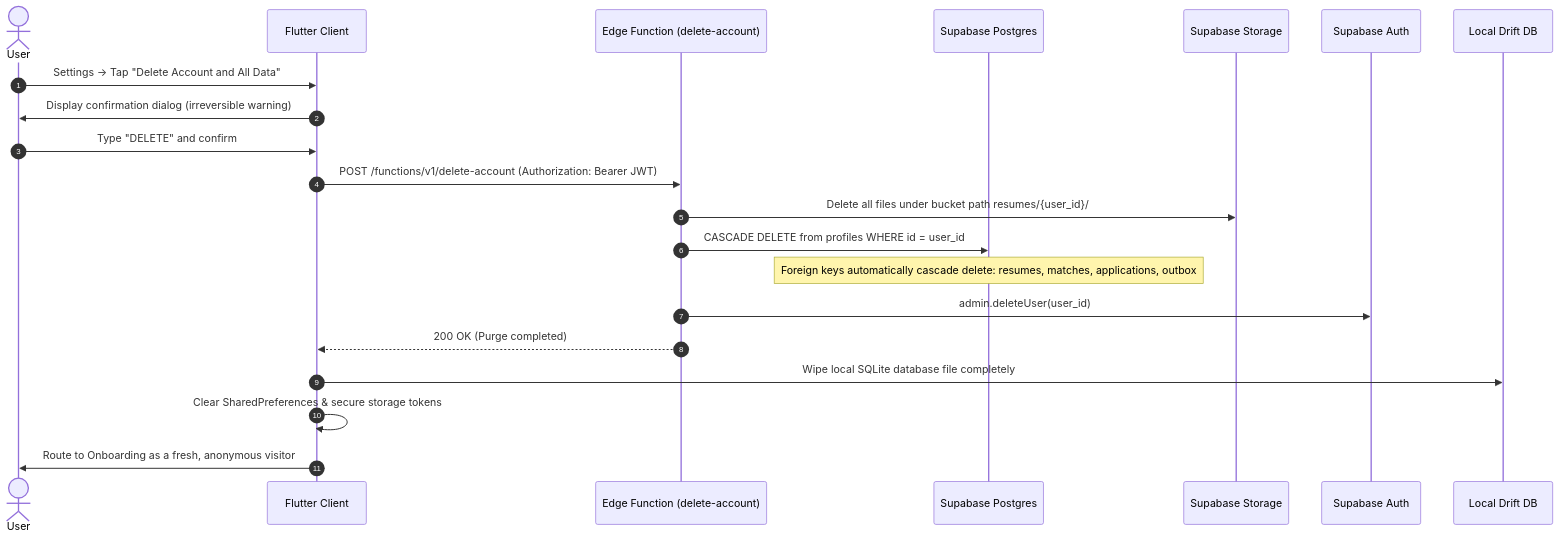
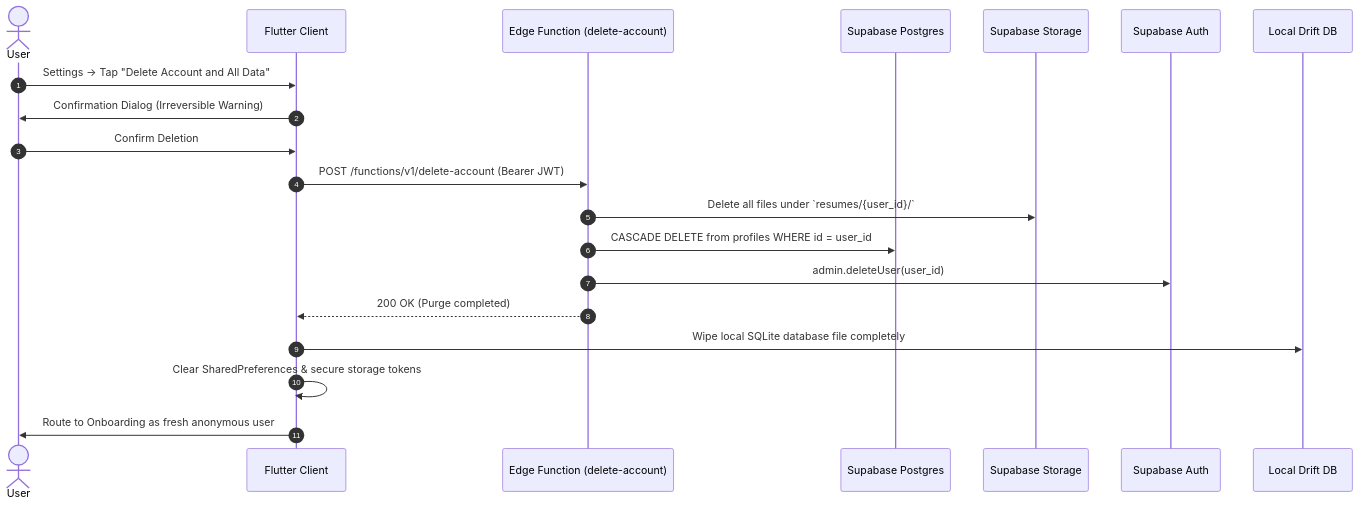
The tenth of 14 diagrams in docs/BACKEND_PLAN.md (QuantumTan/rolevia), drawn with Mermaid before and after one commit. The commit also changed other lines of this file and 16 other files, not shown here.

````diff
--- a/docs/BACKEND_PLAN.md
+++ b/docs/BACKEND_PLAN.md
@@ -409,24 +391,23 @@
 ```mermaid
 sequenceDiagram
     autonumber
     actor User
     participant App as Flutter Client
     participant Edge as Edge Function (delete-account)
     participant S_DB as Supabase Postgres
     participant S_Stor as Supabase Storage
     participant S_Auth as Supabase Auth
     participant Drift as Local Drift DB
 
     User->>App: Settings -> Tap "Delete Account and All Data"
-    App->>User: Display confirmation dialog (irreversible warning)
-    User->>App: Type "DELETE" and confirm
-    App->>Edge: POST /functions/v1/delete-account (Authorization: Bearer JWT)
-    Edge->>S_Stor: Delete all files under bucket path resumes/{user_id}/
+    App->>User: Confirmation Dialog (Irreversible Warning)
+    User->>App: Confirm Deletion
+    App->>Edge: POST /functions/v1/delete-account (Bearer JWT)
+    Edge->>S_Stor: Delete all files under `resumes/{user_id}/`
     Edge->>S_DB: CASCADE DELETE from profiles WHERE id = user_id
-    Note over S_DB: Foreign keys automatically cascade delete: resumes, matches, applications, outbox
     Edge->>S_Auth: admin.deleteUser(user_id)
     Edge-->>App: 200 OK (Purge completed)
     App->>Drift: Wipe local SQLite database file completely
     App->>App: Clear SharedPreferences & secure storage tokens
-    App->>User: Route to Onboarding as a fresh, anonymous visitor
+    App->>User: Route to Onboarding as fresh anonymous user
 ```
````
